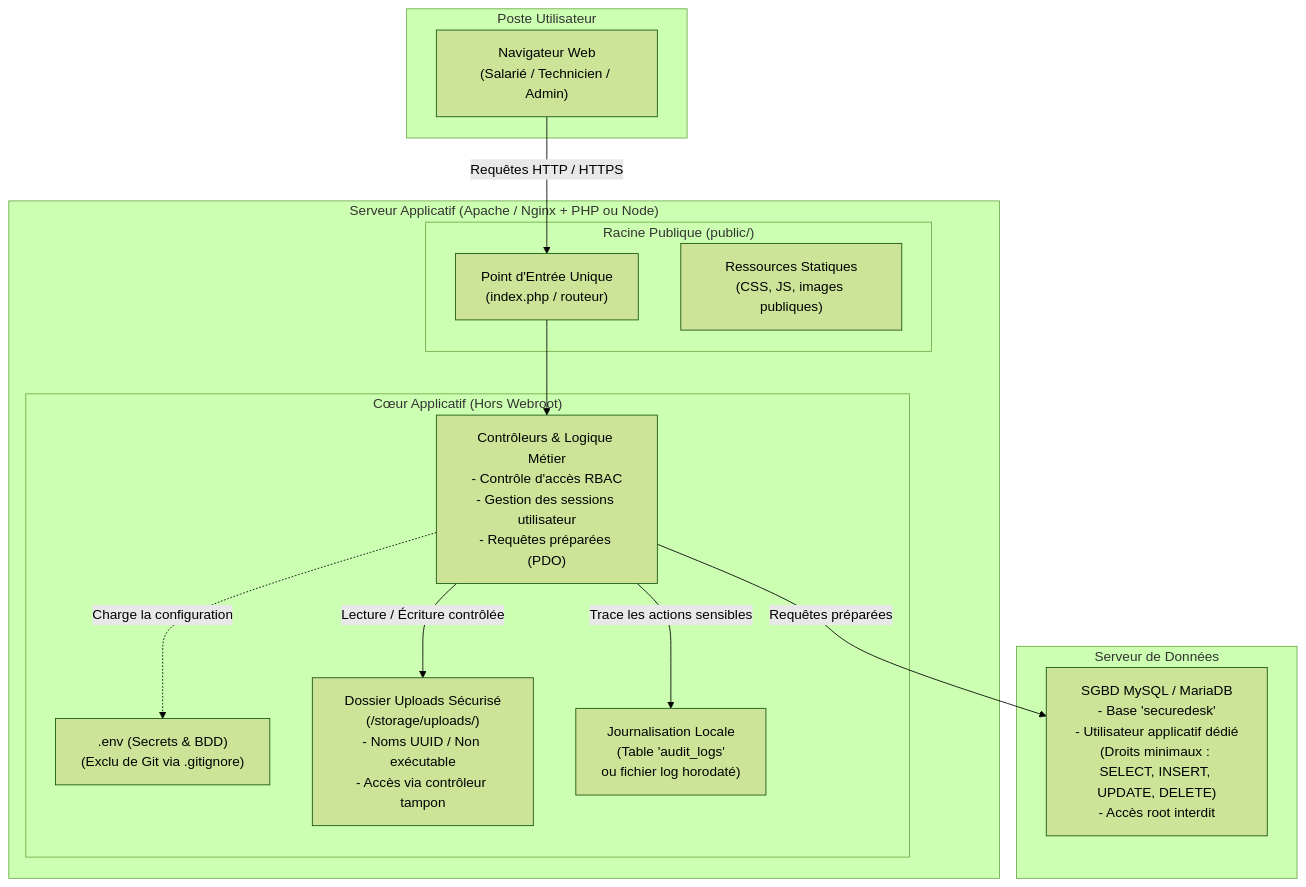
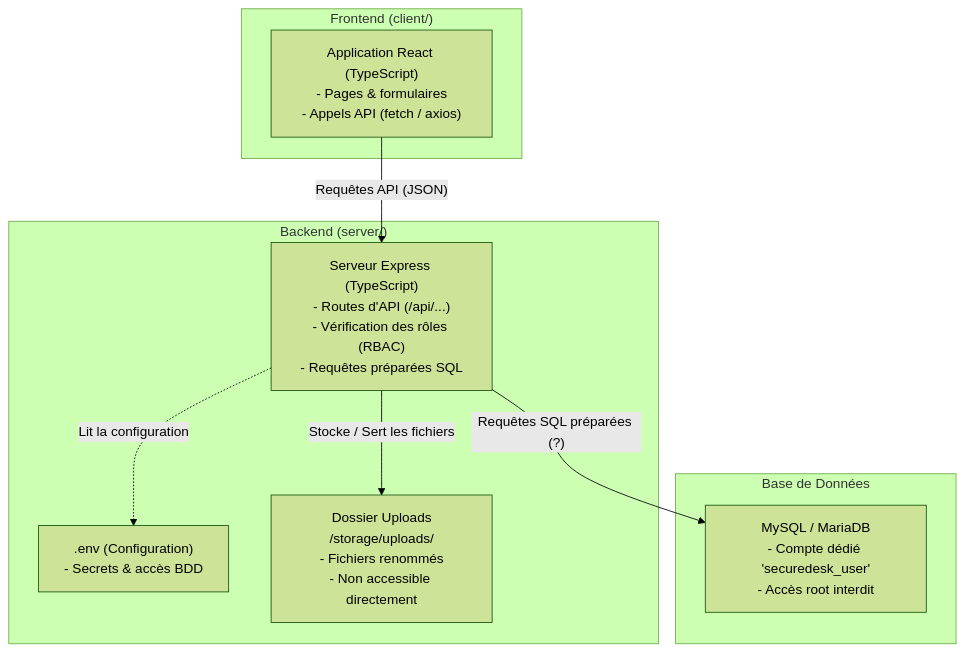
Before and after one commit to Squid-Nayth/tickets-management-app: the second of 2 diagrams in README.md, drawn with Mermaid (forest theme). The commit also changed other lines of this file and 7 other files, not shown here.

````diff
--- a/README.md
+++ b/README.md
@@ -78,31 +78,21 @@
 ```mermaid
 flowchart TD
-    subgraph CLIENT["Poste Utilisateur"]
-        Browser["Navigateur Web\n(Salarié / Technicien / Admin)"]
+    subgraph CLIENT["Frontend (client/)"]
+        ReactApp["Application React (TypeScript)\n- Pages & formulaires\n- Appels API (fetch / axios)"]
     end
 
-    subgraph SERVER["Serveur Applicatif (Apache / Nginx + PHP ou Node)"]
-        subgraph WEBROOT["Racine Publique (public/)"]
-            Index["Point d'Entrée Unique\n(index.php / routeur)"]
-            Assets["Ressources Statiques\n(CSS, JS, images publiques)"]
-        end
-
-        subgraph SECURE_APP["Cœur Applicatif (Hors Webroot)"]
-            Backend["Contrôleurs & Logique Métier\n- Contrôle d'accès RBAC\n- Gestion des sessions utilisateur\n- Requêtes préparées (PDO)"]
-            EnvFile[".env (Secrets & BDD)\n(Exclu de Git via .gitignore)"]
-            Storage["Dossier Uploads Sécurisé\n(/storage/uploads/)\n- Noms UUID / Non exécutable\n- Accès via contrôleur tampon"]
-            Audit["Journalisation Locale\n(Table 'audit_logs'\nou fichier log horodaté)"]
-        end
+    subgraph SERVER["Backend (server/)"]
+        ExpressApp["Serveur Express (TypeScript)\n- Routes d'API (/api/...)\n- Vérification des rôles (RBAC)\n- Requêtes préparées SQL"]
+        EnvFile[".env (Configuration)\n- Secrets & accès BDD"]
+        Storage["Dossier Uploads\n/storage/uploads/\n- Fichiers renommés\n- Non accessible directement"]
     end
 
-    subgraph DATABASE["Serveur de Données"]
-        DB["SGBD MySQL / MariaDB\n- Base 'securedesk'\n- Utilisateur applicatif dédié\n(Droits minimaux : SELECT, INSERT, UPDATE, DELETE)\n- Accès root interdit"]
+    subgraph DATABASE["Base de Données"]
+        DB["MySQL / MariaDB\n- Compte dédié 'securedesk_user'\n- Accès root interdit"]
     end
 
-    Browser -- "Requêtes HTTP / HTTPS" --> Index
-    Index --> Backend
-    Backend -. "Charge la configuration" .-> EnvFile
-    Backend -- "Requêtes préparées" --> DB
-    Backend -- "Lecture / Écriture contrôlée" --> Storage
-    Backend -- "Trace les actions sensibles" --> Audit
+    ReactApp -- "Requêtes API (JSON)" --> ExpressApp
+    ExpressApp -. "Lit la configuration" .-> EnvFile
+    ExpressApp -- "Requêtes SQL préparées (?)" --> DB
+    ExpressApp -- "Stocke / Sert les fichiers" --> Storage
 ```
````
